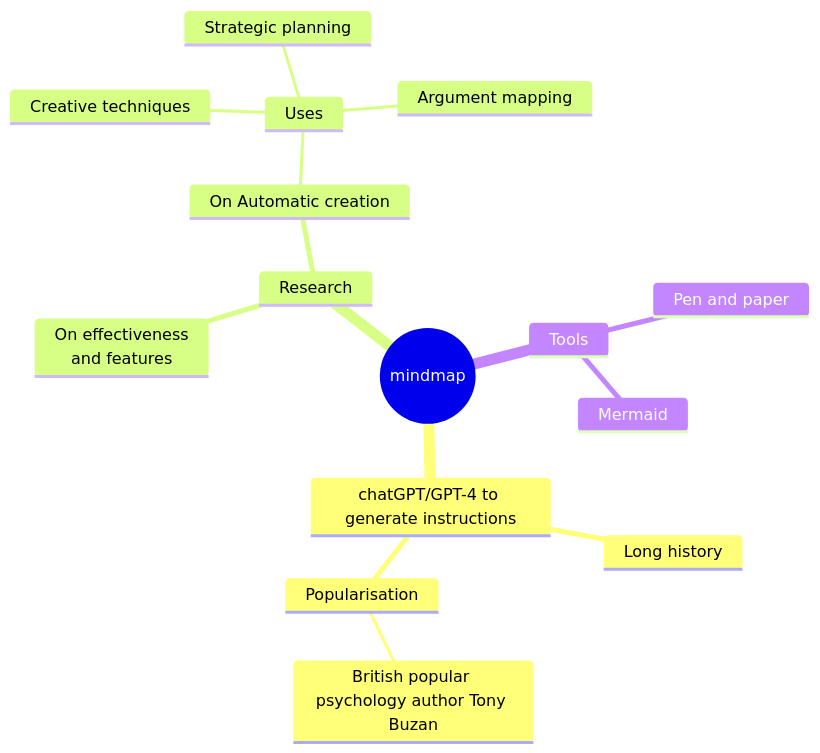
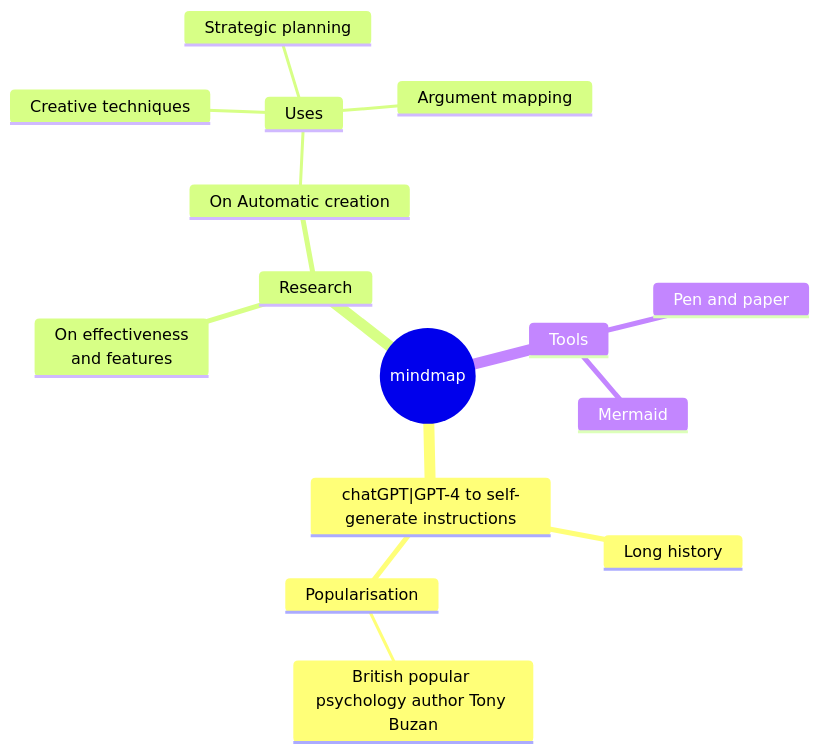
Before and after one commit to langbridgeai/Open-Instructions: the diagram in README.md, drawn with Mermaid.

````diff
--- a/README.md
+++ b/README.md
@@ -62,21 +62,21 @@
 ```mermaid
 mindmap
   root((mindmap))
-    chatGPT/GPT-4 to generate instructions
+    chatGPT|GPT-4 to self-generate instructions
       Long history
       ::icon(fa fa-book)
       Popularisation
         British popular psychology author Tony Buzan
     Research
       On effectiveness<br/>and features
       On Automatic creation
         Uses
             Creative techniques
             Strategic planning
             Argument mapping
     Tools
       Pen and paper
       Mermaid
 
 
 ```
````
